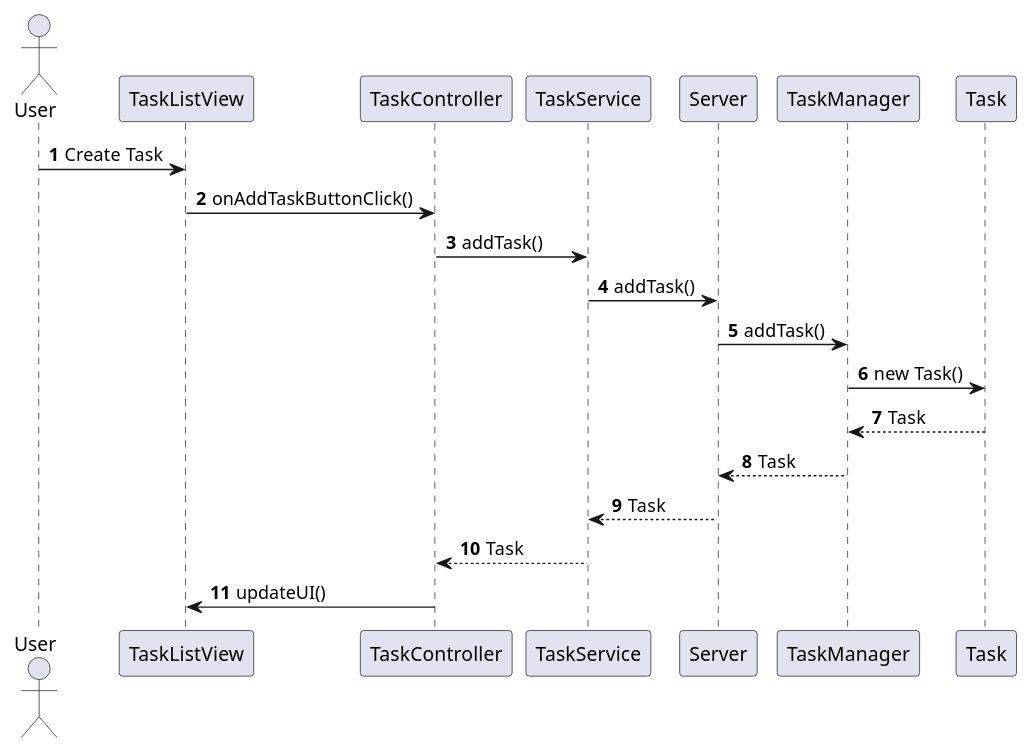
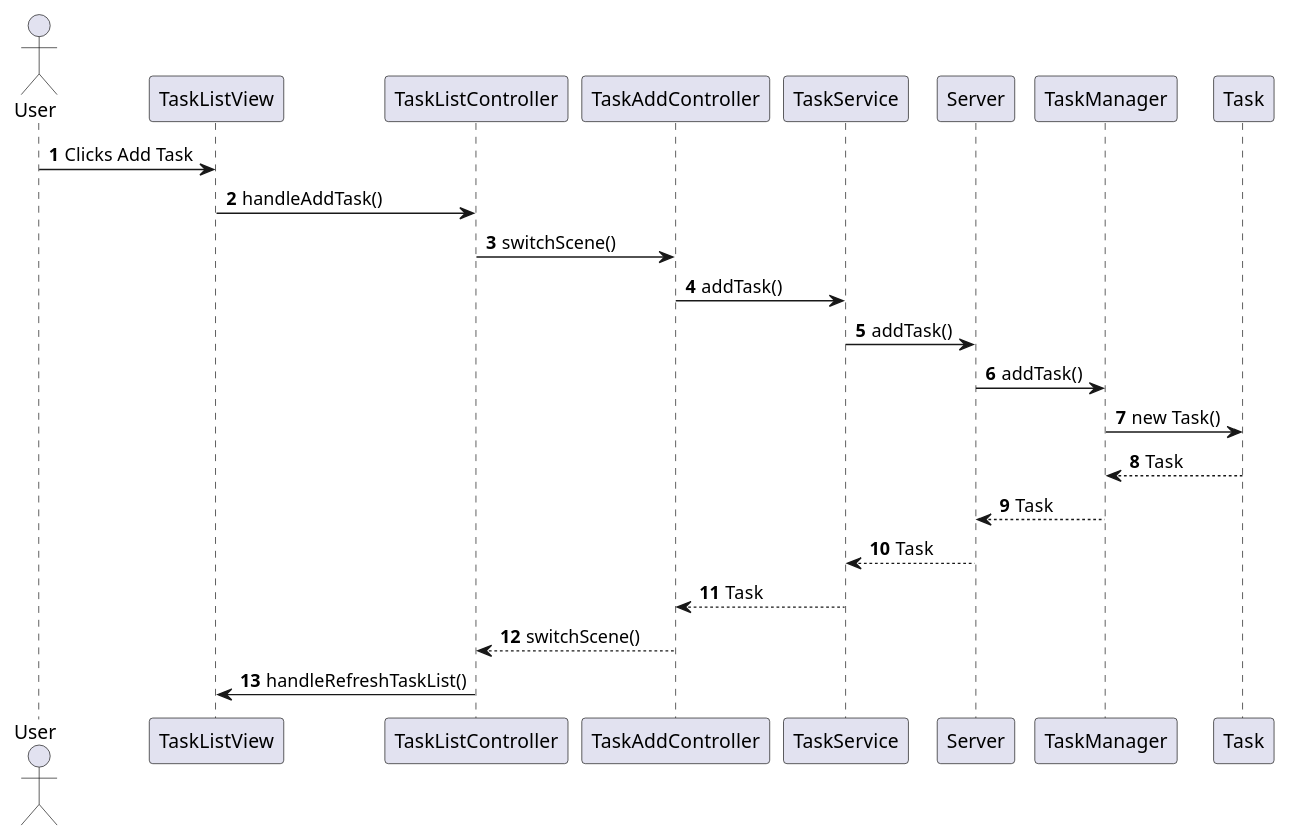
One commit to dalibran/javafinalp1 changed the diagram in uml/sequence_add.puml. Above: the diagram before and after it, drawn with PlantUML. The commit also changed 16 other files, not shown here.

```diff
--- a/uml/sequence_add.puml
+++ b/uml/sequence_add.puml
@@ -1,25 +1,28 @@
 @startuml
 'https://plantuml.com/sequence-diagram
 
 autonumber
 actor User
 participant TaskListView as UI
-participant TaskController
+participant TaskListController
+participant TaskAddController
 participant TaskService
 participant Server
 participant TaskManager
 participant Task
 
-User -> UI: Create Task
-UI -> TaskController: onAddTaskButtonClick()
-TaskController -> TaskService: addTask()
+User -> UI: Clicks Add Task
+UI -> TaskListController: handleAddTask()
+TaskListController -> TaskAddController: switchScene()
+TaskAddController -> TaskService: addTask()
 TaskService -> Server: addTask()
 Server -> TaskManager: addTask()
 TaskManager -> Task: new Task()
 Task --> TaskManager: Task
 TaskManager --> Server: Task
 Server --> TaskService: Task
-TaskService --> TaskController: Task
-TaskController -> UI: updateUI()
+TaskService --> TaskAddController: Task
+TaskAddController --> TaskListController: switchScene()
+TaskListController -> UI: handleRefreshTaskList()
 
 @enduml
```
